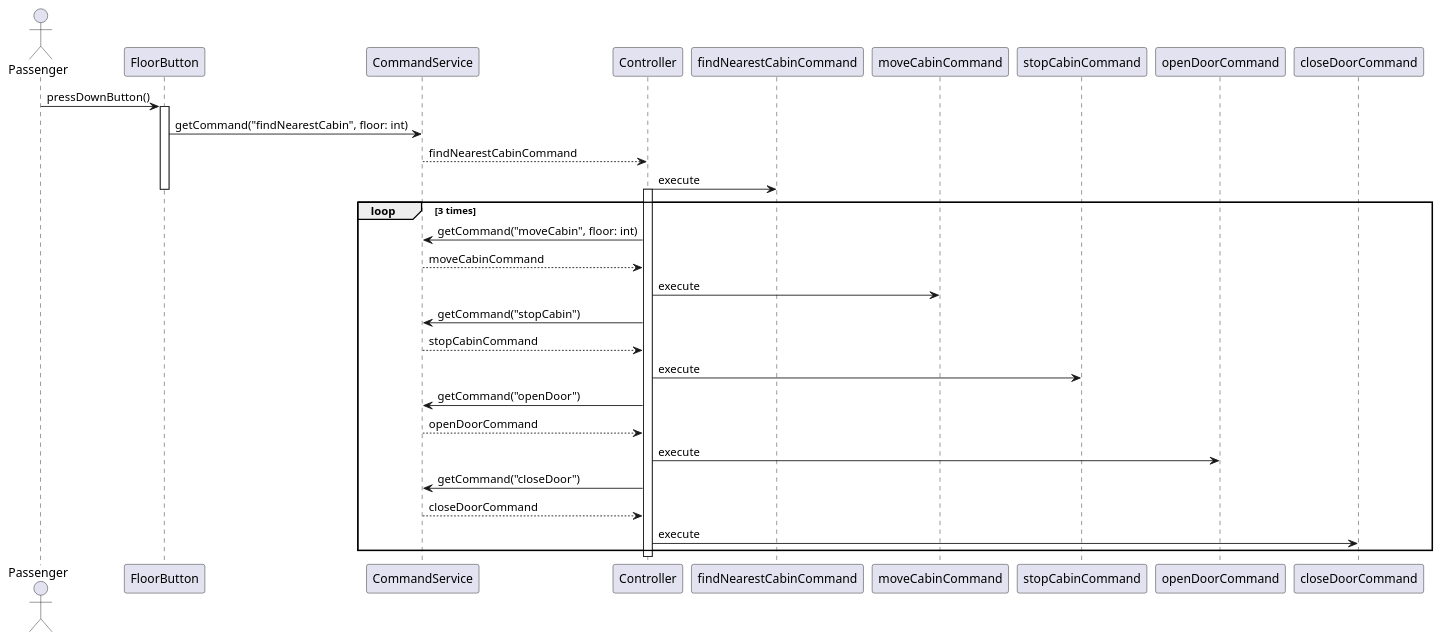
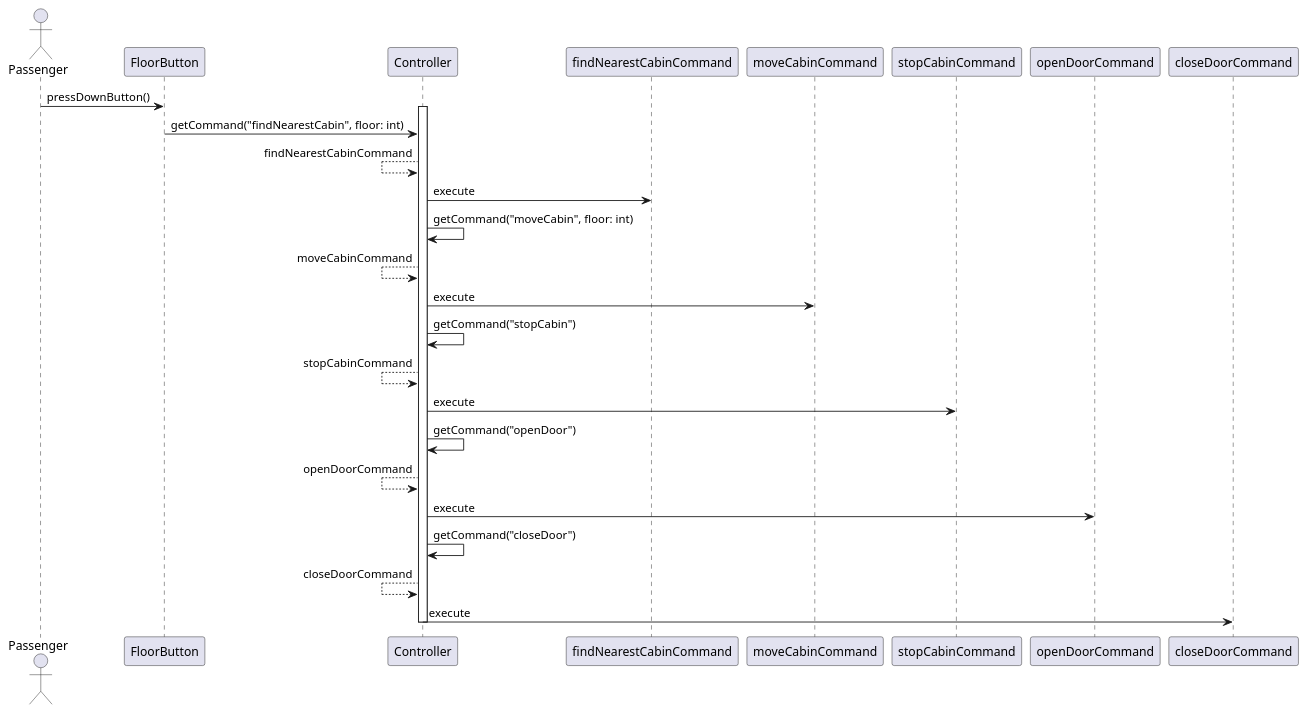
One commit to valentynliubchenko/BomElevator changed the diagram in src/documentation/cases/callCabin.puml. Above: the diagram before and after it, drawn with PlantUML. The commit also changed 9 other files, not shown here.

Commit message:
Sequence diagram 06.03

```diff
--- a/src/documentation/cases/callCabin.puml
+++ b/src/documentation/cases/callCabin.puml
@@ -1,28 +1,27 @@
 @startuml
 
 actor Passenger
 
 Passenger ->  FloorButton: pressDownButton()
-activate FloorButton
-FloorButton -> CommandService: getCommand("findNearestCabin", floor: int)
-CommandService --> Controller: findNearestCabinCommand
+activate Controller
+FloorButton -> Controller: getCommand("findNearestCabin", floor: int)
+Controller <-- Controller: findNearestCabinCommand
 Controller -> findNearestCabinCommand: execute
-deactivate FloorButton
 
-activate Controller
-loop 3 times
-Controller -> CommandService: getCommand("moveCabin", floor: int)
-Controller <-- CommandService: moveCabinCommand
+Controller -> Controller: getCommand("moveCabin", floor: int)
+Controller <-- Controller: moveCabinCommand
 Controller -> moveCabinCommand: execute
-Controller -> CommandService: getCommand("stopCabin")
-Controller <-- CommandService: stopCabinCommand
+
+Controller -> Controller: getCommand("stopCabin")
+Controller <-- Controller: stopCabinCommand
 Controller -> stopCabinCommand: execute
-Controller -> CommandService: getCommand("openDoor")
-Controller <-- CommandService: openDoorCommand
+
+Controller -> Controller: getCommand("openDoor")
+Controller <-- Controller: openDoorCommand
 Controller -> openDoorCommand: execute
-Controller -> CommandService: getCommand("closeDoor")
-Controller <-- CommandService: closeDoorCommand
+
+Controller -> Controller: getCommand("closeDoor")
+Controller <-- Controller: closeDoorCommand
 Controller -> closeDoorCommand: execute
-end
 deactivate Controller
 @enduml
```
